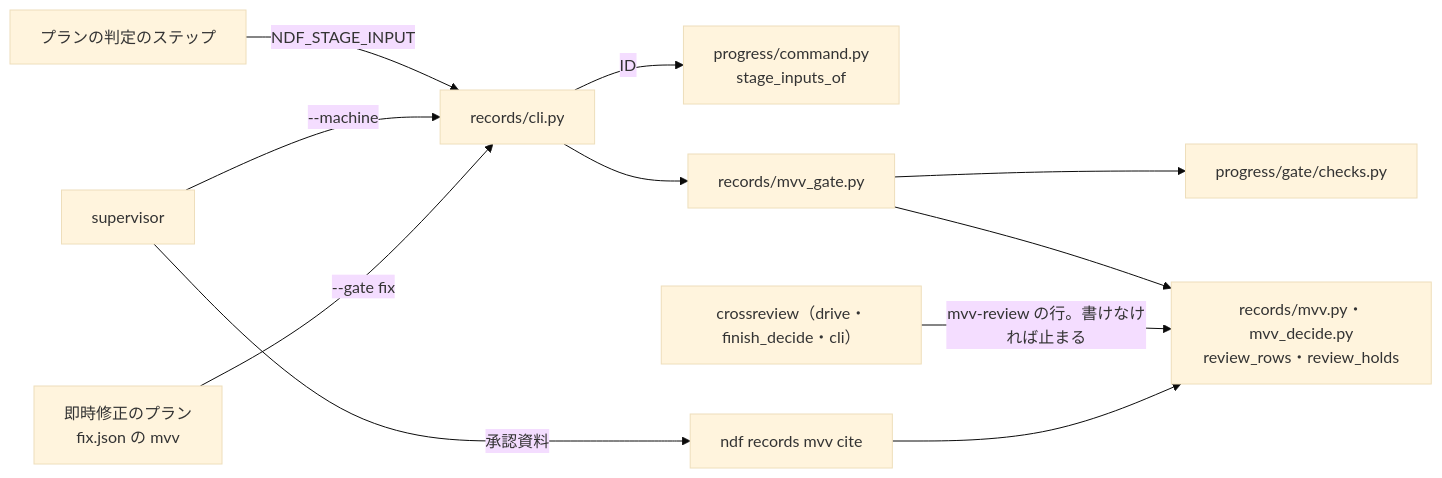
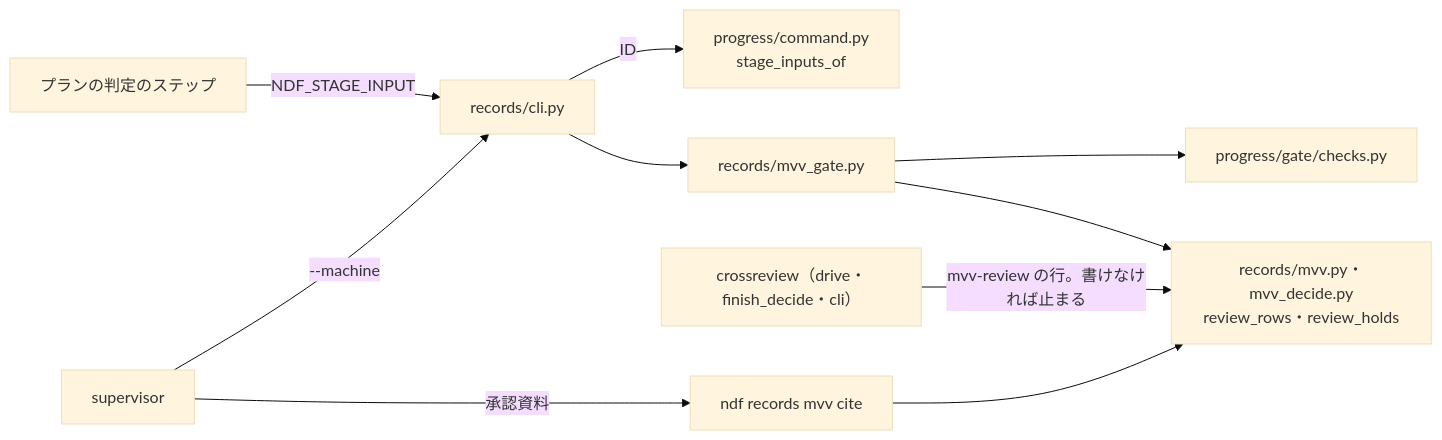
One commit to devbasex/ai-plugins changed the fourth of 4 diagrams in issues/issue-3959-4055-design.md. Above: the diagram before and after it, drawn with Mermaid (base theme). The commit also changed other lines of this file and 2 other files, not shown here.

````diff
--- a/issues/issue-3959-4055-design.md
+++ b/issues/issue-3959-4055-design.md
@@ -168,13 +160,12 @@
 ```mermaid
 graph LR
   PL["プランの判定のステップ"] -->|NDF_STAGE_INPUT| CLI["records/cli.py"]
   SV["supervisor"] -->|--machine| CLI
   CLI -->|ID| CMD["progress/command.py<br>stage_inputs_of"]
-  FX["即時修正のプラン<br>fix.json の mvv"] -->|--gate fix| CLI
   CLI --> GT["records/mvv_gate.py"]
   GT --> CH["progress/gate/checks.py"]
   GT --> RR["records/mvv.py・mvv_decide.py<br>review_rows・review_holds"]
   CR["crossreview（drive・finish_decide・cli）"] -->|mvv-review の行。書けなければ止まる| RR
   SV -->|承認資料| CITE["ndf records mvv cite"]
   CITE --> RR
 ```
````
